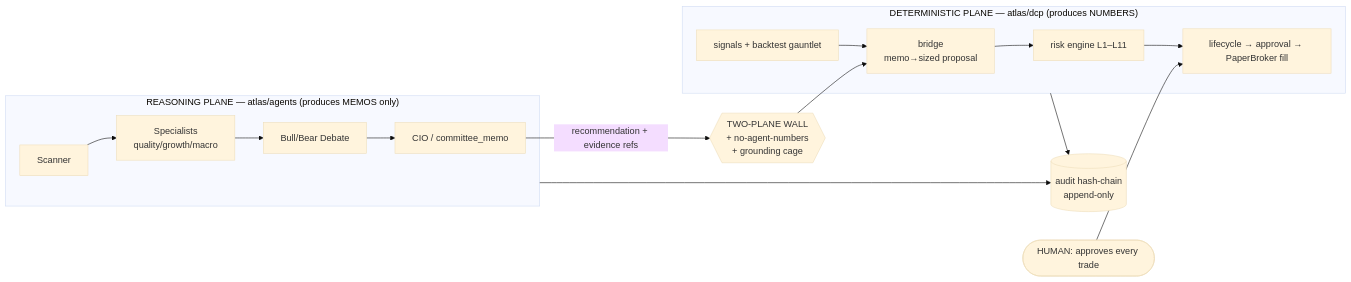
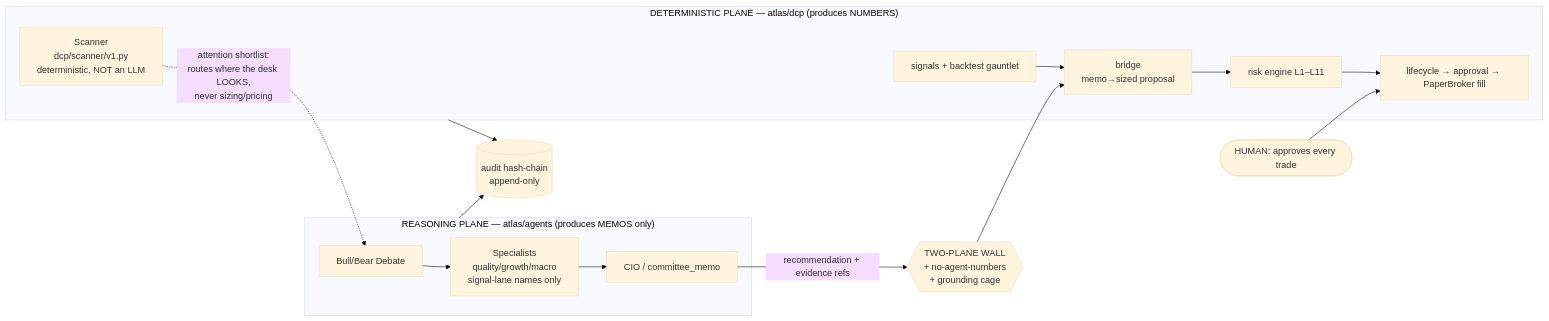
Before and after one commit to jkaryampudi/atlas: the second of 2 diagrams in REVIEW_PACKAGE/20_APPENDIX.md, drawn with Mermaid (base theme). The commit also changed other lines of this file and 17 other files, not shown here.

````diff
--- a/REVIEW_PACKAGE/20_APPENDIX.md
+++ b/REVIEW_PACKAGE/20_APPENDIX.md
@@ -121,20 +121,21 @@
 ```mermaid
 graph LR
+  subgraph DET["DETERMINISTIC PLANE — atlas/dcp (produces NUMBERS)"]
+    SC[Scanner<br/>dcp/scanner/v1.py<br/>deterministic, NOT an LLM]
+    SGE[signals + backtest gauntlet] --> BR[bridge<br/>memo→sized proposal]
+    BR --> RK[risk engine L1–L11]
+    RK --> LC[lifecycle → approval → PaperBroker fill]
+  end
   subgraph REASON["REASONING PLANE — atlas/agents (produces MEMOS only)"]
-    SC[Scanner] --> SP[Specialists<br/>quality/growth/macro]
-    SP --> DB[Bull/Bear Debate]
-    DB --> CIO[CIO / committee_memo]
+    DB[Bull/Bear Debate] --> SP[Specialists<br/>quality/growth/macro<br/>signal-lane names only]
+    SP --> CIO[CIO / committee_memo]
   end
   WALL{{"TWO-PLANE WALL<br/>+ no-agent-numbers<br/>+ grounding cage"}}
-  subgraph DET["DETERMINISTIC PLANE — atlas/dcp (produces NUMBERS)"]
-    BR[bridge<br/>memo→sized proposal] --> RK[risk engine L1–L11]
-    RK --> LC[lifecycle → approval → PaperBroker fill]
-    SGE[signals + backtest gauntlet] --> BR
-  end
+  SC -.->|attention shortlist:<br/>routes where the desk LOOKS,<br/>never sizing/pricing| DB
   CIO -->|recommendation + evidence refs| WALL
   WALL --> BR
   HUM([HUMAN: approves every trade]) --> LC
   AUD[(audit hash-chain<br/>append-only)]
   DET --> AUD
   REASON --> AUD
 ```
````
